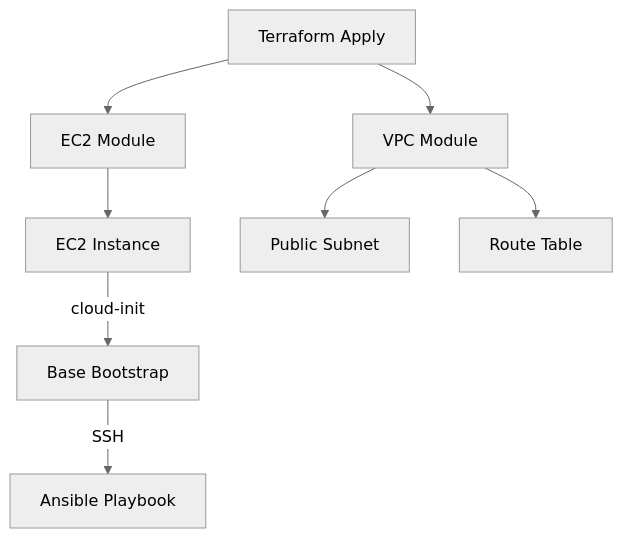
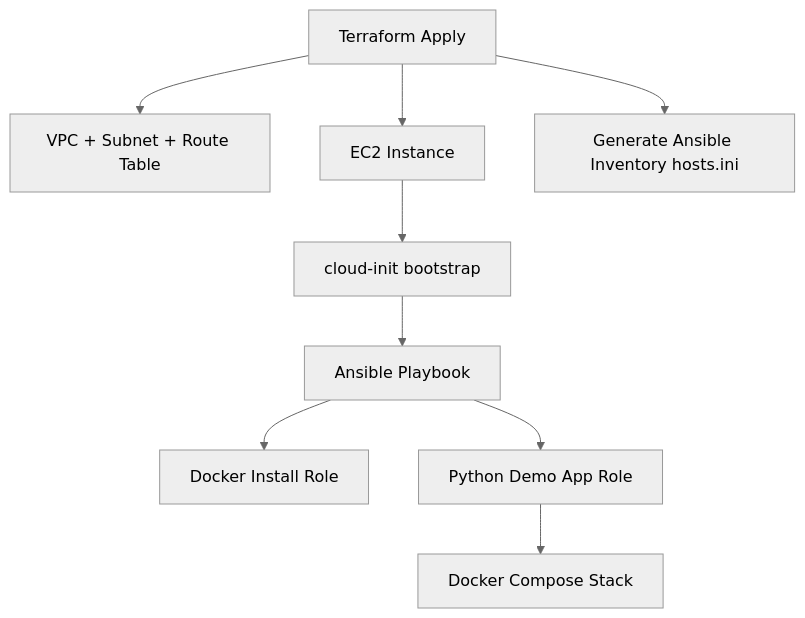
One commit to LaurisNeimanis/ccore-ai-infra changed the diagram in diagrams/architecture.mmd. Above: the diagram before and after it, drawn with Mermaid (neutral theme). The commit also changed 15 other files, not shown here.

Commit message:
feat: add complete Ansible stack, auto-generated inventory template, and updated Terraform architecture docs

```diff
--- a/diagrams/architecture.mmd
+++ b/diagrams/architecture.mmd
@@ -1,10 +1,12 @@
 flowchart TD
-    A[Terraform Apply] --> B[VPC Module]
-    A --> C[EC2 Module]
-    C --> D[EC2 Instance]
+    A[Terraform Apply] --> B[VPC + Subnet + Route Table]
+    A --> C[EC2 Instance]
+    A --> D[Generate Ansible Inventory hosts.ini]
 
-    D -->|cloud-init| E[Base Bootstrap]
-    E -->|SSH| F[Ansible Playbook]
+    C --> E[cloud-init bootstrap]
+    E --> F[Ansible Playbook]
 
-    B --> G[Public Subnet]
-    B --> H[Route Table]
+    F --> G[Docker Install Role]
+    F --> H[Python Demo App Role]
+
+    H --> I[Docker Compose Stack]
```
